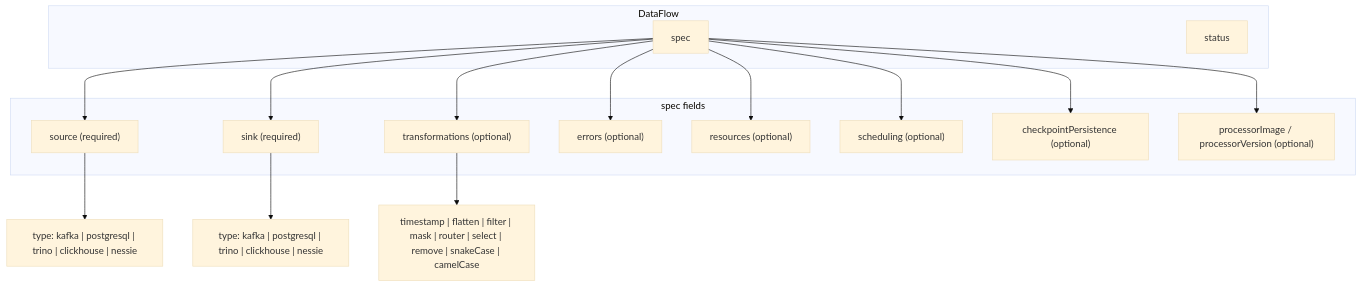
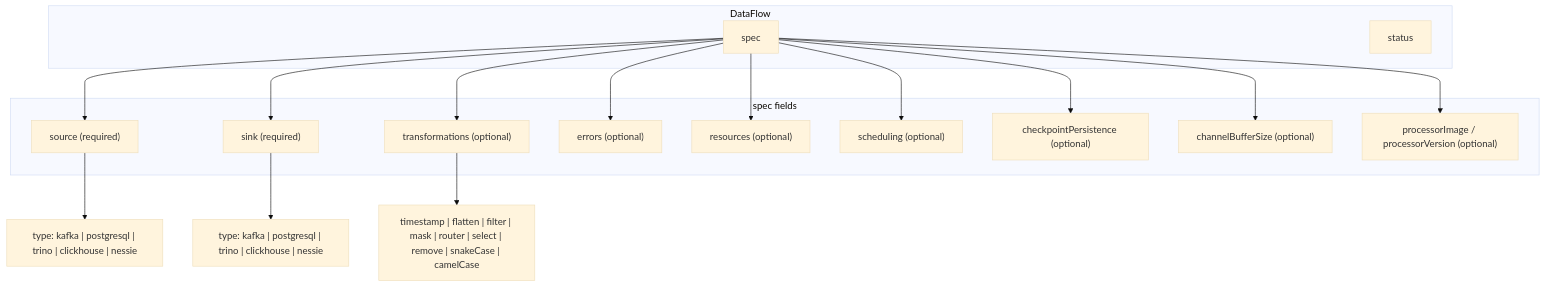
One commit to dataflow-operator/docs changed the second of 5 diagrams in docs/en/architecture.md. Above: the diagram before and after it, drawn with Mermaid (base theme). The commit also changed other lines of this file and 5 other files, not shown here.

````diff
--- a/docs/en/architecture.md
+++ b/docs/en/architecture.md
@@ -65,31 +66,33 @@
 ```mermaid
 flowchart TB
   subgraph DataFlow["DataFlow"]
     Spec["spec"]
     Status["status"]
   end
 
   subgraph SpecFields["spec fields"]
     Source["source (required)"]
     Sink["sink (required)"]
     Trans["transformations (optional)"]
     Errors["errors (optional)"]
     Resources["resources (optional)"]
     Scheduling["scheduling (optional)"]
     Checkpoint["checkpointPersistence (optional)"]
+    ChannelBuffer["channelBufferSize (optional)"]
     Image["processorImage / processorVersion (optional)"]
   end
 
   Source --> SourceTypes["type: kafka | postgresql | trino | clickhouse | nessie"]
   Sink --> SinkTypes["type: kafka | postgresql | trino | clickhouse | nessie"]
   Trans --> TransTypes["timestamp | flatten | filter | mask | router | select | remove | snakeCase | camelCase"]
 
   Spec --> Source
   Spec --> Sink
   Spec --> Trans
   Spec --> Errors
   Spec --> Resources
   Spec --> Scheduling
   Spec --> Checkpoint
+  Spec --> ChannelBuffer
   Spec --> Image
 ```
````
